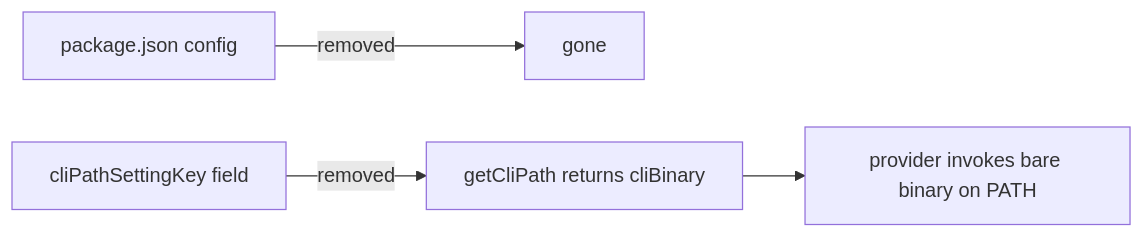
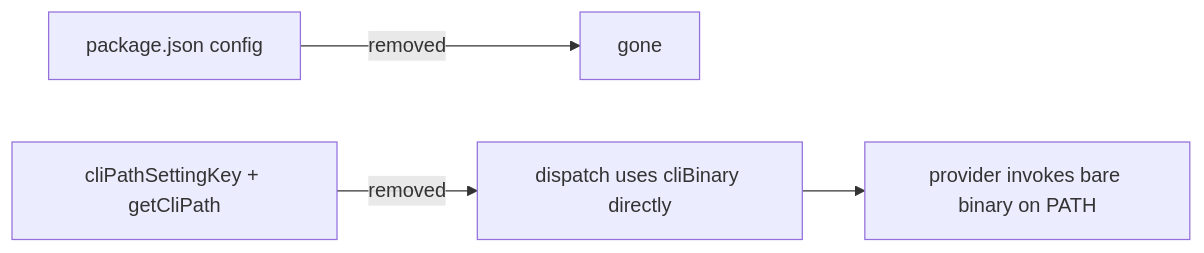
One commit to alfredoperez/speckit-companion changed the diagram in specs/127-remove-cli-path-settings/plan.md. Above: the diagram before and after it, drawn with Mermaid. The commit also changed 2 other files, not shown here.

Commit message:
docs: align review-thread wording and timing constants

````diff
--- a/specs/127-remove-cli-path-settings/plan.md
+++ b/specs/127-remove-cli-path-settings/plan.md
@@ -11,6 +11,6 @@
 ```mermaid
 graph LR
   A[package.json config] -->|removed| X[gone]
-  B[cliPathSettingKey field] -->|removed| C[getCliPath returns cliBinary]
+  B[cliPathSettingKey + getCliPath] -->|removed| C[dispatch uses cliBinary directly]
   C --> D[provider invokes bare binary on PATH]
 ```
````
